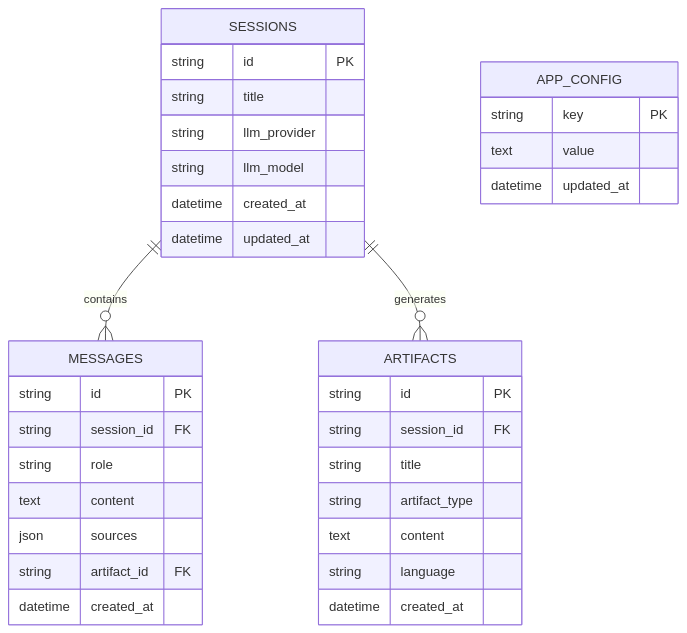
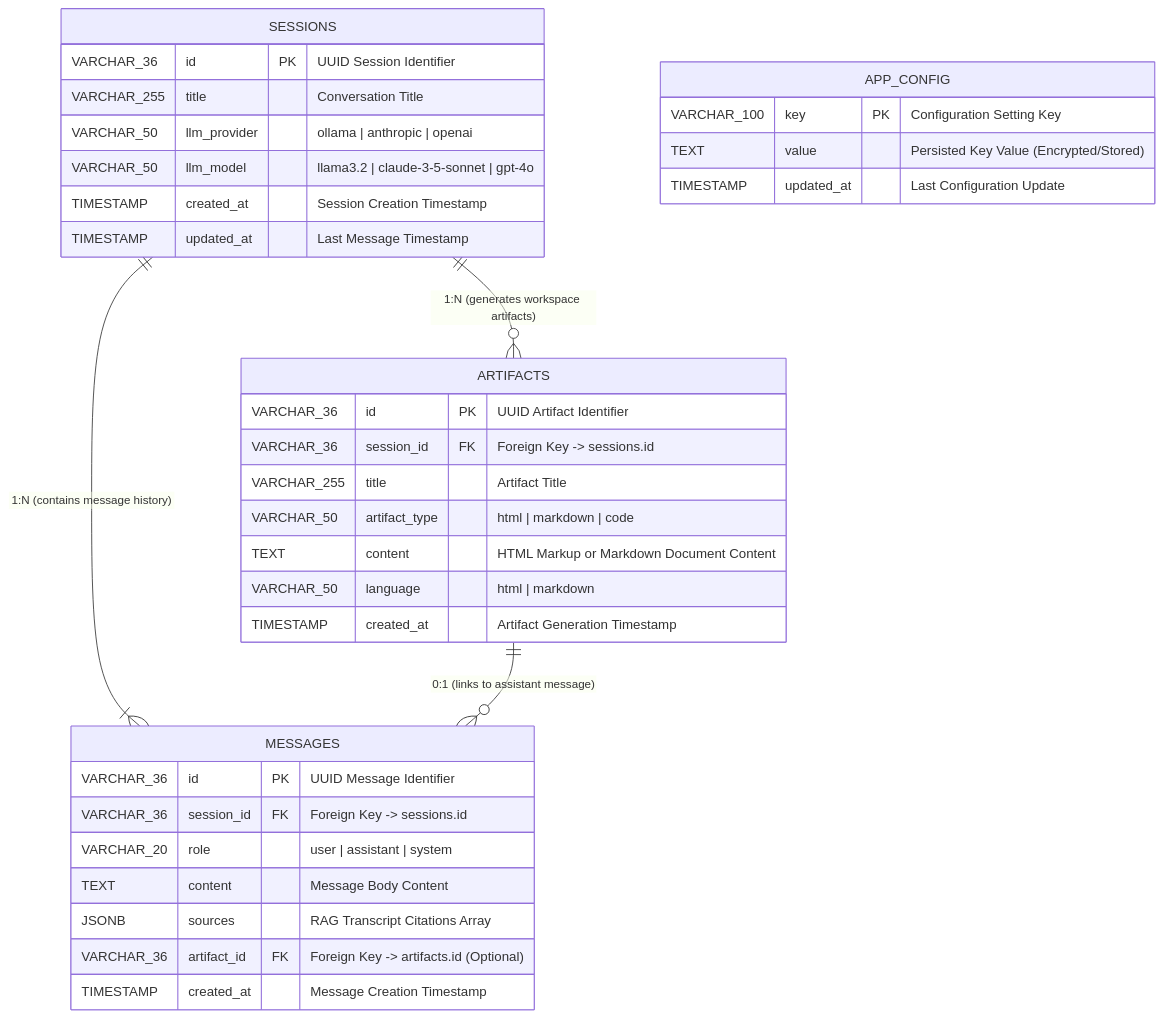
The second of 3 diagrams in ARCHITECTURE.md (Sahanakalaiselvan/Lenny-growth-assistant), drawn with Mermaid before and after one commit. The commit also changed other lines of this file and 1 other file, not shown here.

Commit message:
Enhance database schema diagrams with detailed ER types and straight-arrow relational flowcharts

````diff
--- a/ARCHITECTURE.md
+++ b/ARCHITECTURE.md
@@ -106,40 +106,41 @@
 ```mermaid
 erDiagram
-    SESSIONS ||--o{ MESSAGES : contains
-    SESSIONS ||--o{ ARTIFACTS : generates
+    SESSIONS ||--|{ MESSAGES : "1:N (contains message history)"
+    SESSIONS ||--o{ ARTIFACTS : "1:N (generates workspace artifacts)"
+    ARTIFACTS ||--o{ MESSAGES : "0:1 (links to assistant message)"
     
     SESSIONS {
-        string id PK
-        string title
-        string llm_provider
-        string llm_model
-        datetime created_at
-        datetime updated_at
+        VARCHAR_36 id PK "UUID Session Identifier"
+        VARCHAR_255 title "Conversation Title"
+        VARCHAR_50 llm_provider "ollama | anthropic | openai"
+        VARCHAR_50 llm_model "llama3.2 | claude-3-5-sonnet | gpt-4o"
+        TIMESTAMP created_at "Session Creation Timestamp"
+        TIMESTAMP updated_at "Last Message Timestamp"
     }
 
     MESSAGES {
-        string id PK
-        string session_id FK
-        string role
-        text content
-        json sources
-        string artifact_id FK
-        datetime created_at
+        VARCHAR_36 id PK "UUID Message Identifier"
+        VARCHAR_36 session_id FK "Foreign Key -> sessions.id"
+        VARCHAR_20 role "user | assistant | system"
+        TEXT content "Message Body Content"
+        JSONB sources "RAG Transcript Citations Array"
+        VARCHAR_36 artifact_id FK "Foreign Key -> artifacts.id (Optional)"
+        TIMESTAMP created_at "Message Creation Timestamp"
     }
 
     ARTIFACTS {
-        string id PK
-        string session_id FK
-        string title
-        string artifact_type
-        text content
-        string language
-        datetime created_at
+        VARCHAR_36 id PK "UUID Artifact Identifier"
+        VARCHAR_36 session_id FK "Foreign Key -> sessions.id"
+        VARCHAR_255 title "Artifact Title"
+        VARCHAR_50 artifact_type "html | markdown | code"
+        TEXT content "HTML Markup or Markdown Document Content"
+        VARCHAR_50 language "html | markdown"
+        TIMESTAMP created_at "Artifact Generation Timestamp"
     }
 
     APP_CONFIG {
-        string key PK
-        text value
-        datetime updated_at
+        VARCHAR_100 key PK "Configuration Setting Key"
+        TEXT value "Persisted Key Value (Encrypted/Stored)"
+        TIMESTAMP updated_at "Last Configuration Update"
     }
 ```
````
